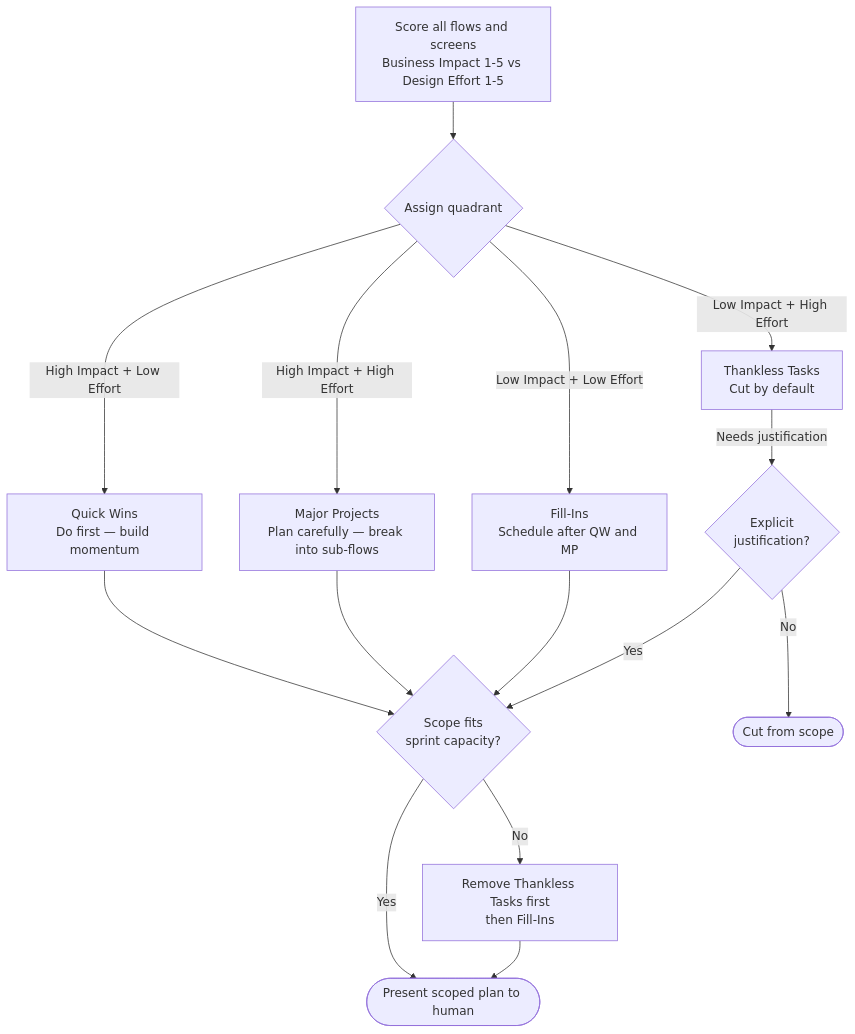
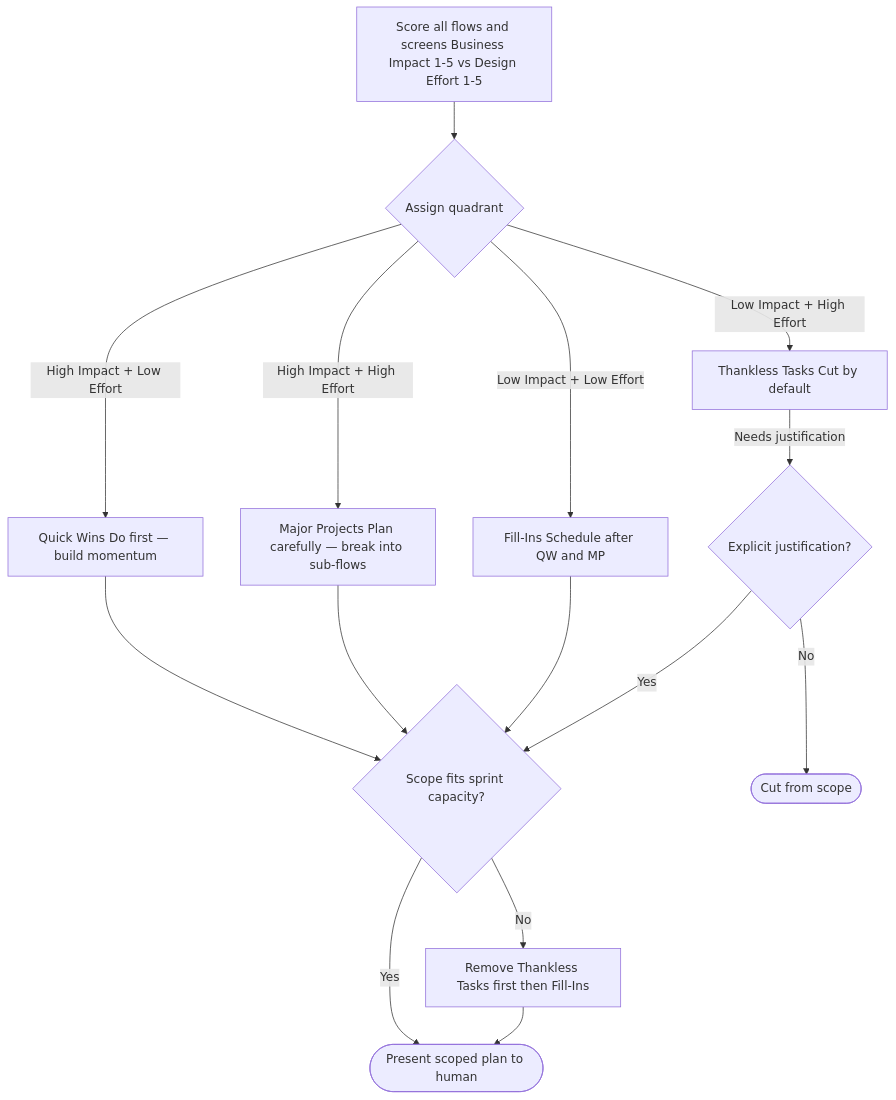
Before and after one commit to ivanyeors/product-agentic-templates: the third of 5 diagrams in .cursor/skills/00-product-workflow/pm-prioritization.md, drawn with Mermaid. The commit also changed other lines of this file and 39 other files, not shown here.

````diff
--- a/.cursor/skills/00-product-workflow/pm-prioritization.md
+++ b/.cursor/skills/00-product-workflow/pm-prioritization.md
@@ -149,17 +150,17 @@
 ```mermaid
 flowchart TD
-    score[Score all flows and screens\nBusiness Impact 1-5 vs Design Effort 1-5] --> quadrant{Assign quadrant}
-    quadrant -->|High Impact + Low Effort| qw[Quick Wins\nDo first — build momentum]
-    quadrant -->|High Impact + High Effort| mp[Major Projects\nPlan carefully — break into sub-flows]
-    quadrant -->|Low Impact + Low Effort| fi[Fill-Ins\nSchedule after QW and MP]
-    quadrant -->|Low Impact + High Effort| tt[Thankless Tasks\nCut by default]
-    qw --> capacity{Scope fits\nsprint capacity?}
+    score[Score all flows and screens Business Impact 1-5 vs Design Effort 1-5] --> quadrant{Assign quadrant}
+    quadrant -->|High Impact + Low Effort| qw[Quick Wins Do first — build momentum]
+    quadrant -->|High Impact + High Effort| mp[Major Projects Plan carefully — break into sub-flows]
+    quadrant -->|Low Impact + Low Effort| fi[Fill-Ins Schedule after QW and MP]
+    quadrant -->|Low Impact + High Effort| tt[Thankless Tasks Cut by default]
+    qw --> capacity{Scope fits sprint capacity?}
     mp --> capacity
     fi --> capacity
-    tt -->|Needs justification| justify{Explicit\njustification?}
+    tt -->|Needs justification| justify{Explicit justification?}
     justify -->|Yes| capacity
     justify -->|No| cut([Cut from scope])
     capacity -->|Yes| present([Present scoped plan to human])
-    capacity -->|No| trim[Remove Thankless Tasks first\nthen Fill-Ins]
+    capacity -->|No| trim[Remove Thankless Tasks first then Fill-Ins]
     trim --> present
 ```
````
